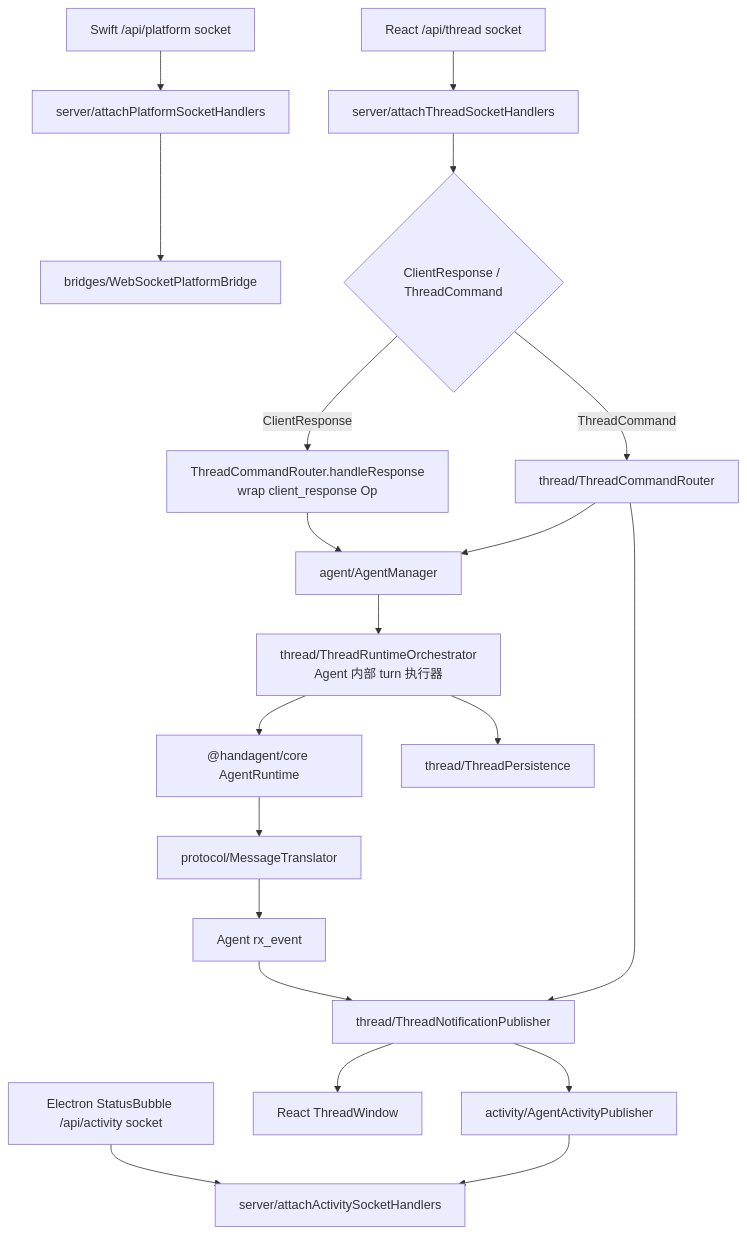
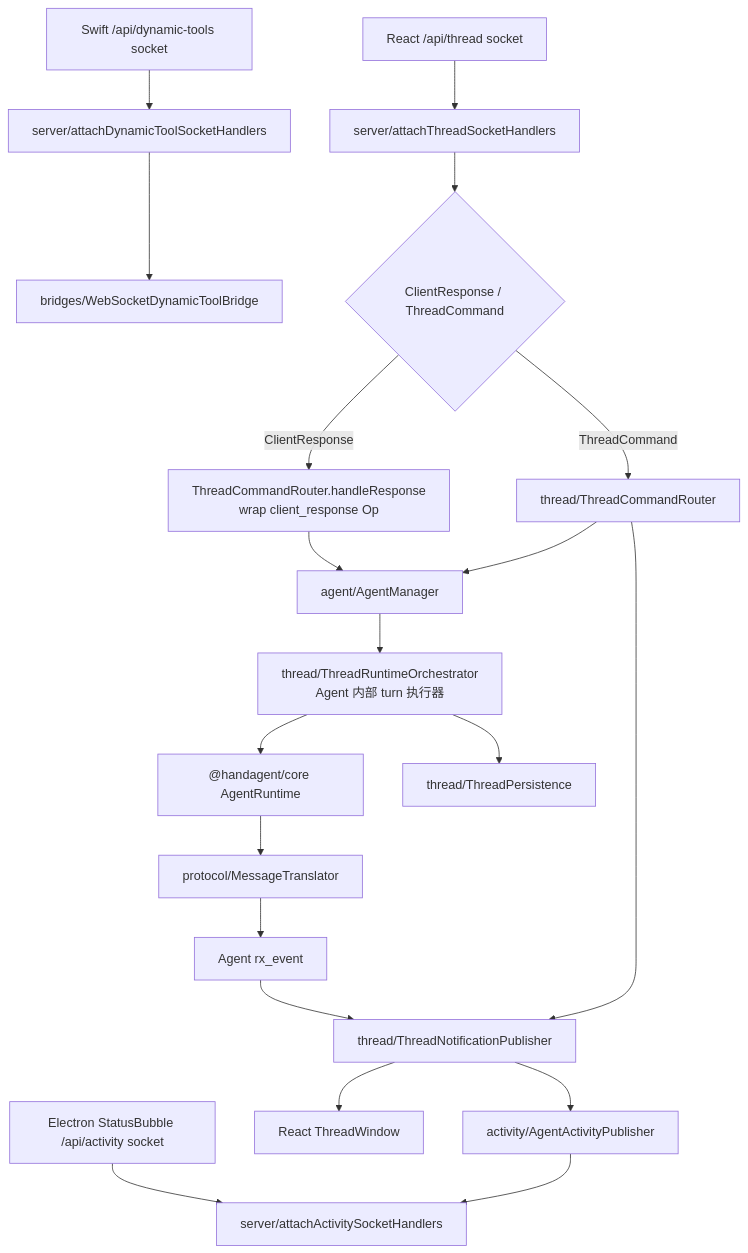
Before and after one commit to Lixuhang987/Wisp-Pocket: the diagram in apps/agent-server/agent-server.md, drawn with Mermaid. The commit also changed other lines of this file and 115 other files, not shown here.

Commit message:
Implement dynamic tool provider routing

````diff
--- a/apps/agent-server/agent-server.md
+++ b/apps/agent-server/agent-server.md
@@ -46,22 +46,22 @@
 ```mermaid
 flowchart TD
   A["React /api/thread socket"] --> B["server/attachThreadSocketHandlers"]
   ACT["Electron StatusBubble /api/activity socket"] --> AP["server/attachActivitySocketHandlers"]
-  P["Swift /api/platform socket"] --> D["server/attachPlatformSocketHandlers"]
-  D --> PB["bridges/WebSocketPlatformBridge"]
+  P["Swift /api/dynamic-tools socket"] --> D["server/attachDynamicToolSocketHandlers"]
+  D --> PB["bridges/WebSocketDynamicToolBridge"]
   B --> C{"ClientResponse / ThreadCommand"}
   C -- "ClientResponse" --> E["ThreadCommandRouter.handleResponse<br/>wrap client_response Op"]
   E --> AM
   C -- "ThreadCommand" --> F["thread/ThreadCommandRouter"]
   F --> AM["agent/AgentManager"]
   AM --> G["thread/ThreadRuntimeOrchestrator<br/>Agent 内部 turn 执行器"]
   F --> H["thread/ThreadNotificationPublisher"]
   G --> I["@handagent/core AgentRuntime"]
   I --> J["protocol/MessageTranslator"]
   J --> RX["Agent rx_event"]
   RX --> H
   H --> K["React ThreadWindow"]
   H --> APub["activity/AgentActivityPublisher"]
   APub --> AP
   G --> L["thread/ThreadPersistence"]
 ```
````
